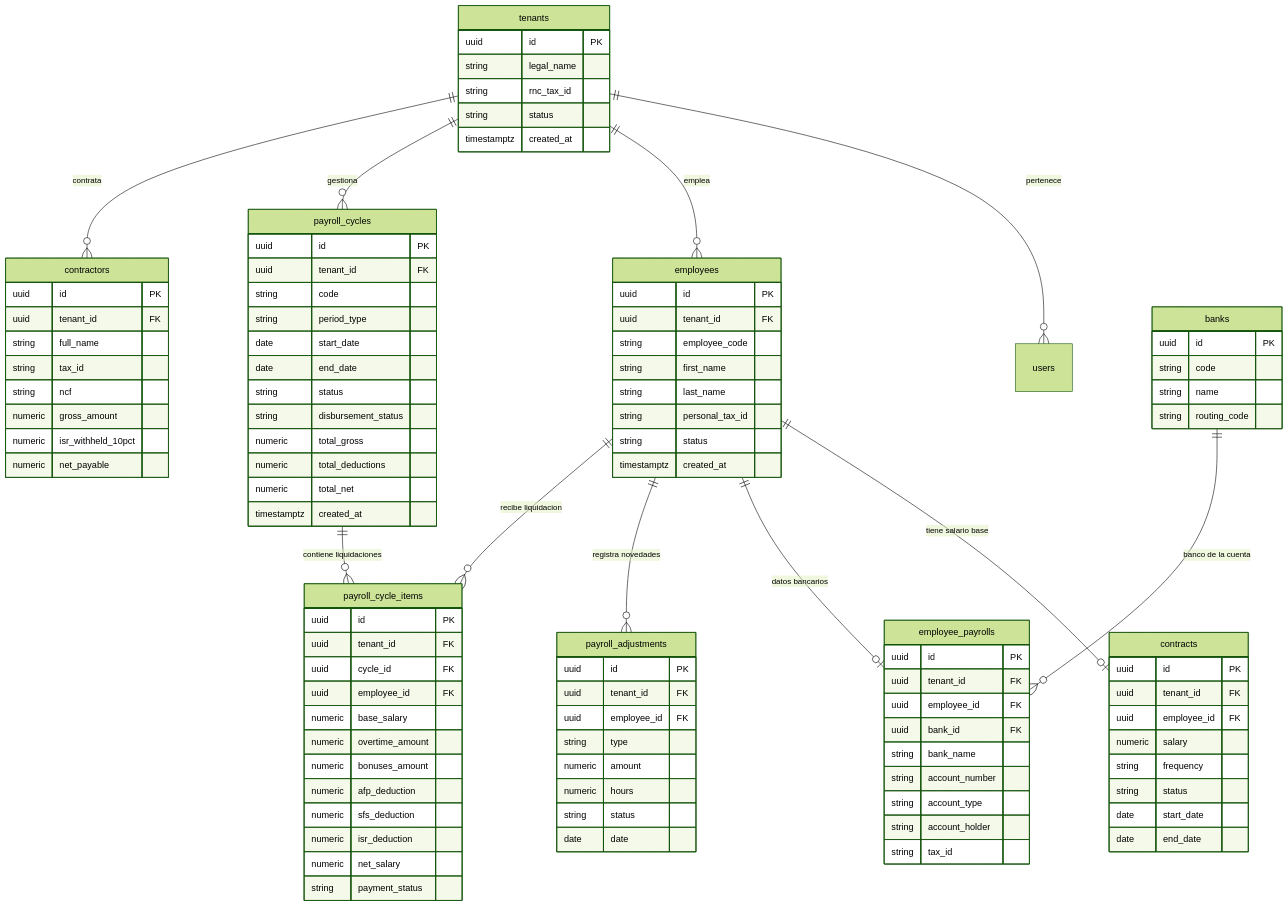
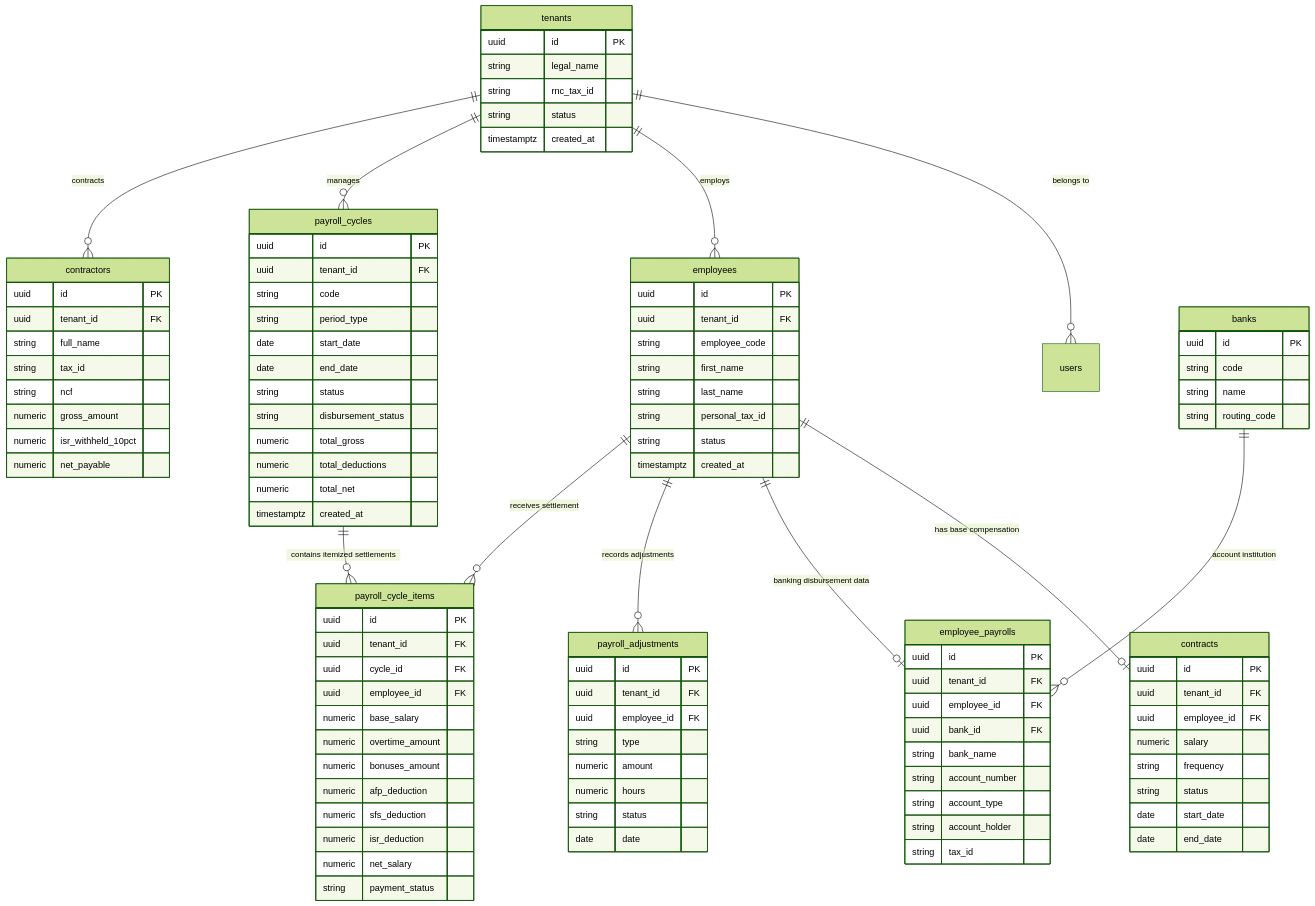
The first of 2 diagrams in core/templates/database-architecture-template.md (JeremyJS20/sdd-standard-light), drawn with Mermaid (forest theme) before and after one commit. The commit also changed other lines of this file and 8 other files, not shown here.

````diff
--- a/core/templates/database-architecture-template.md
+++ b/core/templates/database-architecture-template.md
@@ -39,18 +39,18 @@
 ```mermaid
 erDiagram
-    tenants ||--o{ users : "pertenece"
-    tenants ||--o{ employees : "emplea"
-    tenants ||--o{ payroll_cycles : "gestiona"
-    tenants ||--o{ contractors : "contrata"
+    tenants ||--o{ users : "belongs to"
+    tenants ||--o{ employees : "employs"
+    tenants ||--o{ payroll_cycles : "manages"
+    tenants ||--o{ contractors : "contracts"
 
-    employees ||--o| contracts : "tiene salario base"
-    employees ||--o| employee_payrolls : "datos bancarios"
-    employees ||--o{ payroll_adjustments : "registra novedades"
-    employees ||--o{ payroll_cycle_items : "recibe liquidacion"
+    employees ||--o| contracts : "has base compensation"
+    employees ||--o| employee_payrolls : "banking disbursement data"
+    employees ||--o{ payroll_adjustments : "records adjustments"
+    employees ||--o{ payroll_cycle_items : "receives settlement"
 
-    banks ||--o{ employee_payrolls : "banco de la cuenta"
+    banks ||--o{ employee_payrolls : "account institution"
 
-    payroll_cycles ||--o{ payroll_cycle_items : "contiene liquidaciones"
+    payroll_cycles ||--o{ payroll_cycle_items : "contains itemized settlements"
 
     tenants {
         uuid id PK
````
